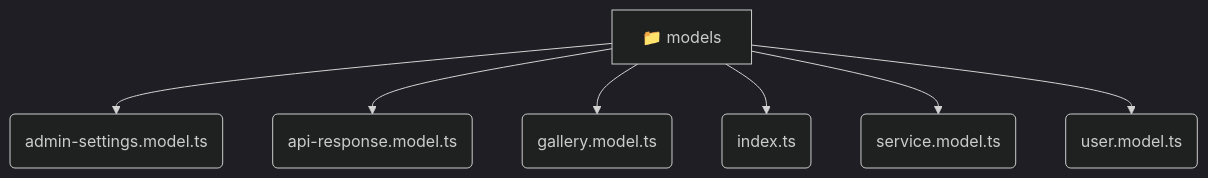
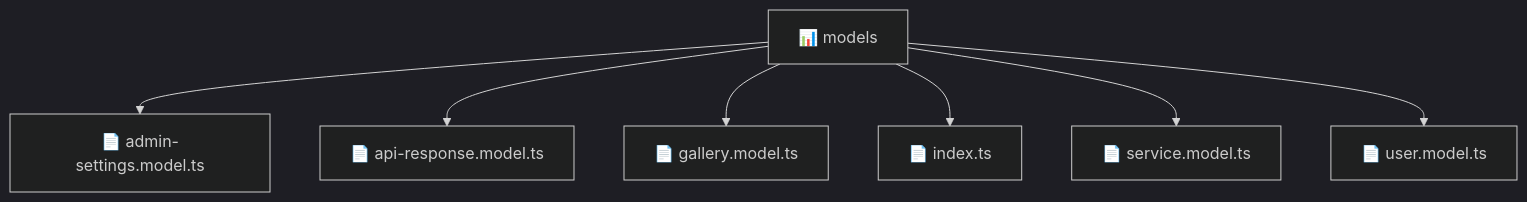
The diagram in frontend/src/shared/models/README.md (beginwebdev2002/fullstack-mavluda), drawn with Mermaid (dark theme) before and after one commit. The commit also changed other lines of this file and 163 other files, not shown here.

````diff
--- a/frontend/src/shared/models/README.md
+++ b/frontend/src/shared/models/README.md
@@ -11,10 +10,10 @@
 ```mermaid
 graph TD
-  models[📁 models]
-  models --> models_admin_settings_model_ts(admin-settings.model.ts)
-  models --> models_api_response_model_ts(api-response.model.ts)
-  models --> models_gallery_model_ts(gallery.model.ts)
-  models --> models_index_ts(index.ts)
-  models --> models_service_model_ts(service.model.ts)
-  models --> models_user_model_ts(user.model.ts)
+  Root["📊 models"]
+  Root --> adminsettingsmodelts["📄 admin-settings.model.ts"]
+  Root --> apiresponsemodelts["📄 api-response.model.ts"]
+  Root --> gallerymodelts["📄 gallery.model.ts"]
+  Root --> indexts["📄 index.ts"]
+  Root --> servicemodelts["📄 service.model.ts"]
+  Root --> usermodelts["📄 user.model.ts"]
 ```
````
